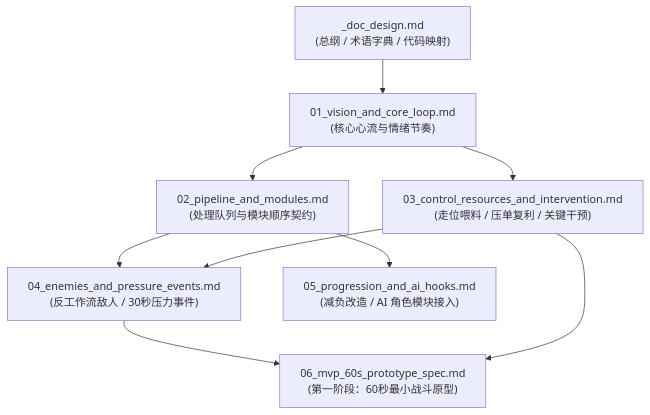
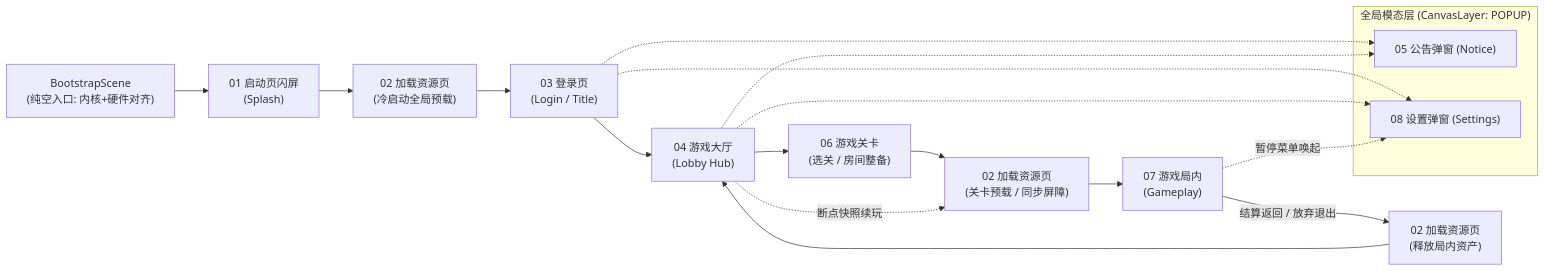
The diagram in docs/design/_doc_design.md (krace-tx/slacker-survivors), drawn with Mermaid before and after one commit. The commit also changed other lines of this file and 82 other files, not shown here.

Commit message:
feat: add core flow graph editor, behavior tree runtime, and FSM system modules

````diff
--- a/docs/design/_doc_design.md
+++ b/docs/design/_doc_design.md
@@ -25,11 +29,24 @@
 ```mermaid
-flowchart TD
-    Index["_doc_design.md<br/>(总纲 / 术语字典 / 代码映射)"] --> V1["01_vision_and_core_loop.md<br/>(核心心流与情绪节奏)"]
-    V1 --> V2["02_pipeline_and_modules.md<br/>(处理队列与模块顺序契约)"]
-    V1 --> V3["03_control_resources_and_intervention.md<br/>(走位喂料 / 压单复利 / 关键干预)"]
-    V2 --> V4["04_enemies_and_pressure_events.md<br/>(反工作流敌人 / 30秒压力事件)"]
-    V3 --> V4
-    V2 --> V5["05_progression_and_ai_hooks.md<br/>(减负改造 / AI 角色模块接入)"]
-    V4 --> V6["06_mvp_60s_prototype_spec.md<br/>(第一阶段：60秒最小战斗原型)"]
-    V3 --> V6
+flowchart LR
+    Boot["BootstrapScene<br/>(纯空入口: 内核+硬件对齐)"] --> S01["01 启动页闪屏<br/>(Splash)"]
+    S01 --> S02A["02 加载资源页<br/>(冷启动全局预载)"]
+    S02A --> S03["03 登录页<br/>(Login / Title)"]
+    S03 --> S04["04 游戏大厅<br/>(Lobby Hub)"]
+    S04 --> S06["06 游戏关卡<br/>(选关 / 房间整备)"]
+    S06 --> S02B["02 加载资源页<br/>(关卡预载 / 同步屏障)"]
+    S02B --> S07["07 游戏局内<br/>(Gameplay)"]
+    S07 -- "结算返回 / 放弃退出" --> S02C["02 加载资源页<br/>(释放局内资产)"]
+    S02C --> S04
+    S04 -. "断点快照续玩" .-> S02B
+
+    subgraph GlobalPopups ["全局模态层 (CanvasLayer: POPUP)"]
+        P05["05 公告弹窗 (Notice)"]
+        P08["08 设置弹窗 (Settings)"]
+    end
+
+    S03 -.-> P05
+    S03 -.-> P08
+    S04 -.-> P05
+    S04 -.-> P08
+    S07 -. "暂停菜单唤起" .-> P08
 ```
````
